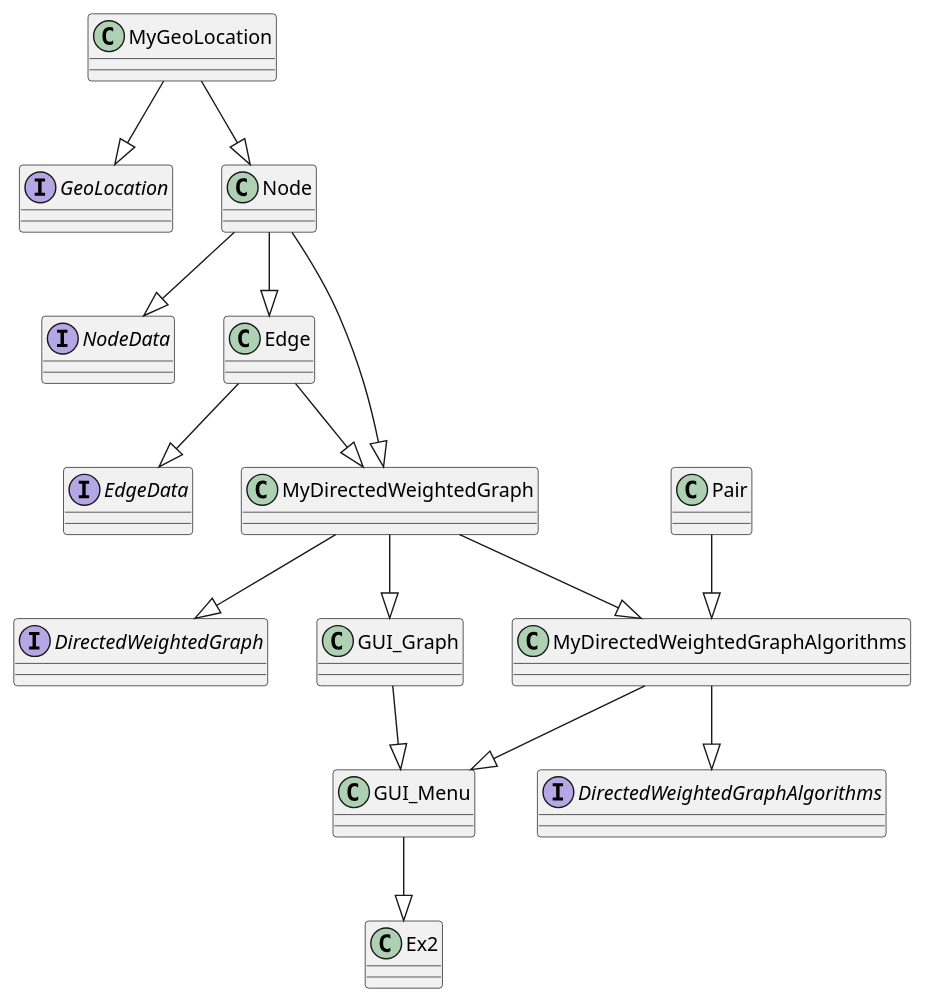
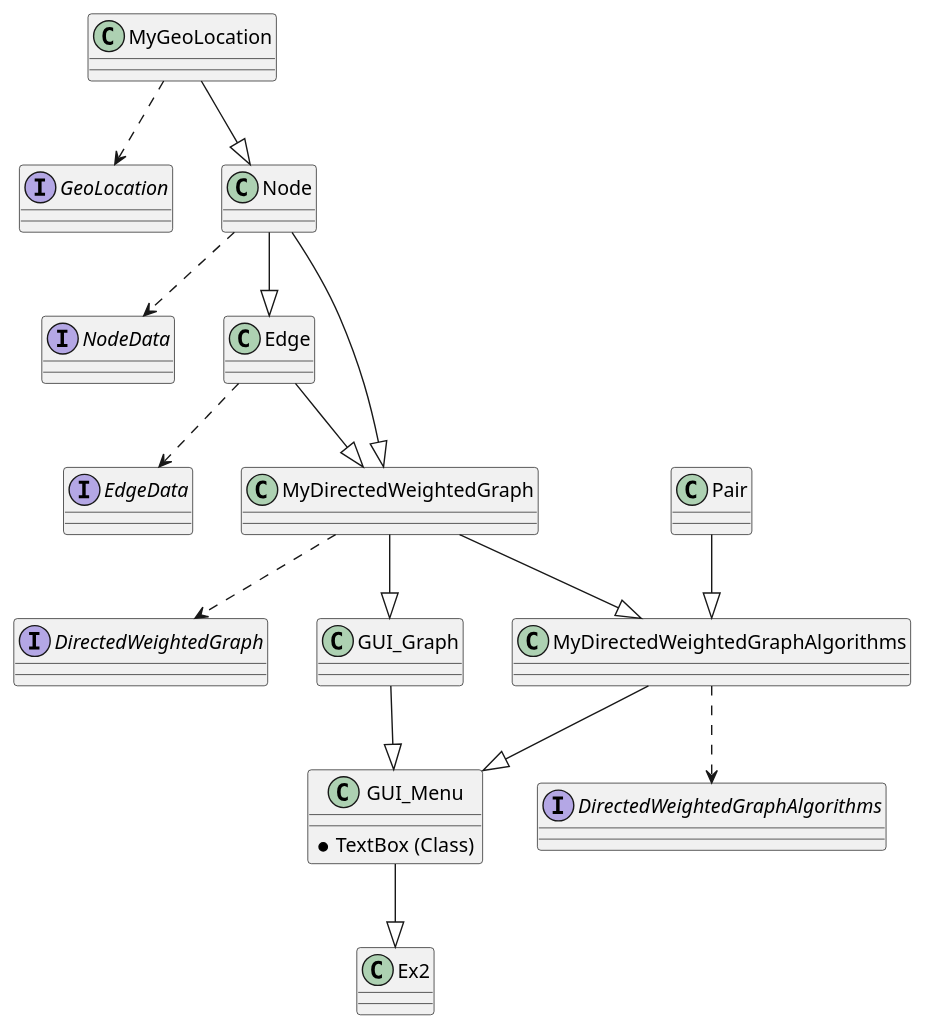
Before and after one commit to haimgoldfisher/OOP_Ex2: the diagram in diagram.puml, drawn with PlantUML. The commit also changed 2 other files, not shown here.

```diff
--- a/diagram.puml
+++ b/diagram.puml
@@ -1,94 +1,96 @@
 @startuml
 
 'https://plantuml.com/sequence-diagram
 
 interface GeoLocation
 {
 
 }
 
 class MyGeoLocation
 {
 
 }
 
 interface NodeData
 {
 
 }
 
 class Node
 {
 
 }
 
 interface EdgeData
 {
 
 }
 
 class Edge
 {
 
 }
 
 interface DirectedWeightedGraph
 {
 
 }
 
 class MyDirectedWeightedGraph
 {
 
 }
 
 class Pair
 {
 
 }
 
 interface DirectedWeightedGraphAlgorithms
 {
 
 
 }
 
 class MyDirectedWeightedGraphAlgorithms
 {
 
 
 }
 
 class GUI_Graph
 {
 
 
 }
 
 class GUI_Menu
 {
+*TextBox (Class)
 
 }
 
 class Ex2
 {
 
 }
 
-MyGeoLocation --|> GeoLocation
+MyGeoLocation ..> GeoLocation
 MyGeoLocation --|> Node
-Node --|> NodeData
+Node ..> NodeData
 Node --|> Edge
 Node --|> MyDirectedWeightedGraph
-Edge --|> EdgeData
+Edge ..> EdgeData
 Edge --|> MyDirectedWeightedGraph
-MyDirectedWeightedGraph --|> DirectedWeightedGraph
+MyDirectedWeightedGraph ..> DirectedWeightedGraph
 MyDirectedWeightedGraph --|> MyDirectedWeightedGraphAlgorithms
 MyDirectedWeightedGraph --|> GUI_Graph
 Pair --|> MyDirectedWeightedGraphAlgorithms
-MyDirectedWeightedGraphAlgorithms --|> DirectedWeightedGraphAlgorithms
+MyDirectedWeightedGraphAlgorithms ..> DirectedWeightedGraphAlgorithms
 MyDirectedWeightedGraphAlgorithms --|> GUI_Menu
 GUI_Graph --|> GUI_Menu
 GUI_Menu --|> Ex2
 
+
 @enduml
```
